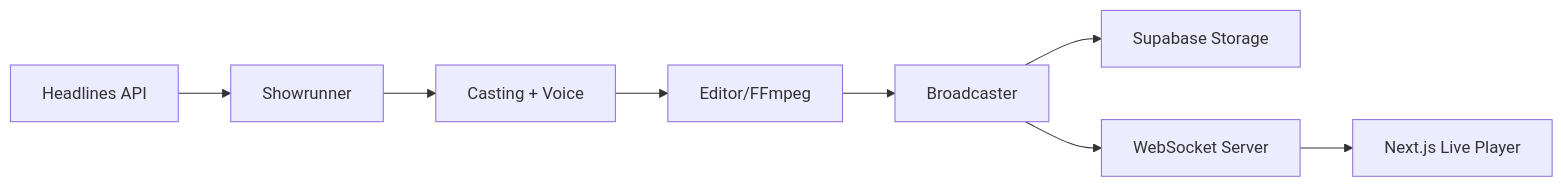
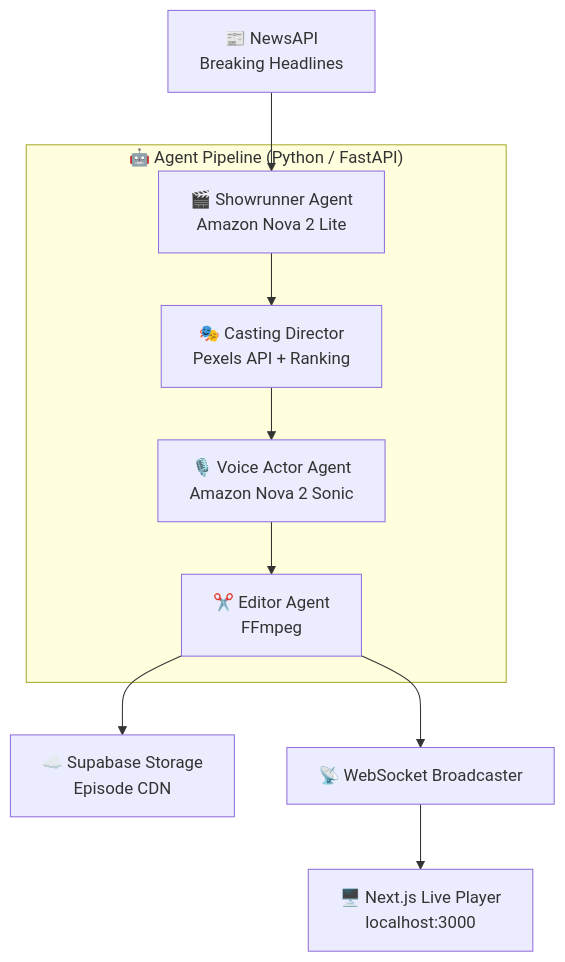
Before and after one commit to Shikhyy/NovaStream: the diagram in README.md, drawn with Mermaid. The commit also changed other lines of this file and 1 other file, not shown here.

````diff
--- a/README.md
+++ b/README.md
@@ -14,10 +68,15 @@
 ```mermaid
-graph LR
-    A[Headlines API] --> B[Showrunner]
-    B --> C[Casting + Voice]
-    C --> D[Editor/FFmpeg]
-    D --> E[Broadcaster]
-    E --> F[Supabase Storage]
-    E --> G[WebSocket Server]
-    G --> H[Next.js Live Player]
+graph TD
+    A[📰 NewsAPI<br/>Breaking Headlines] --> B
+
+    subgraph "🤖 Agent Pipeline (Python / FastAPI)"
+        B[🎬 Showrunner Agent<br/>Amazon Nova 2 Lite] --> C
+        C[🎭 Casting Director<br/>Pexels API + Ranking] --> D
+        D[🎙️ Voice Actor Agent<br/>Amazon Nova 2 Sonic] --> E
+        E[✂️ Editor Agent<br/>FFmpeg]
+    end
+
+    E --> F[☁️ Supabase Storage<br/>Episode CDN]
+    E --> G[📡 WebSocket Broadcaster]
+    G --> H[🖥️ Next.js Live Player<br/>localhost:3000]
 ```
````
